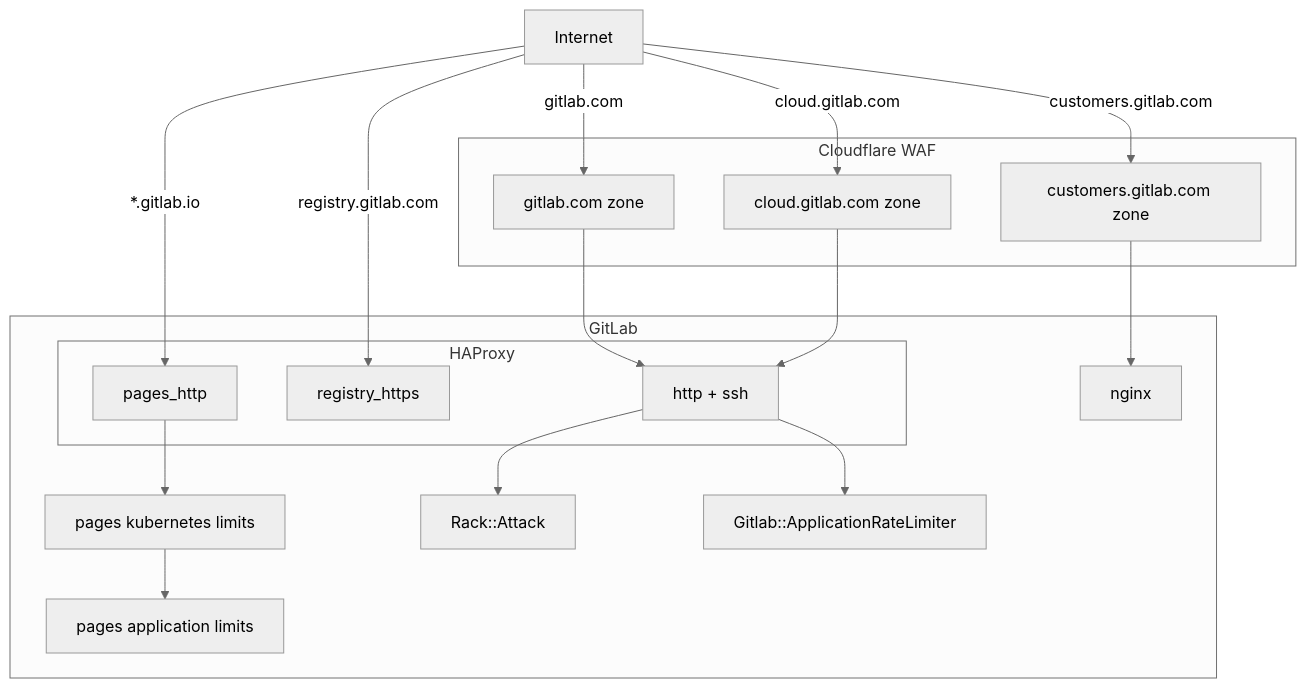
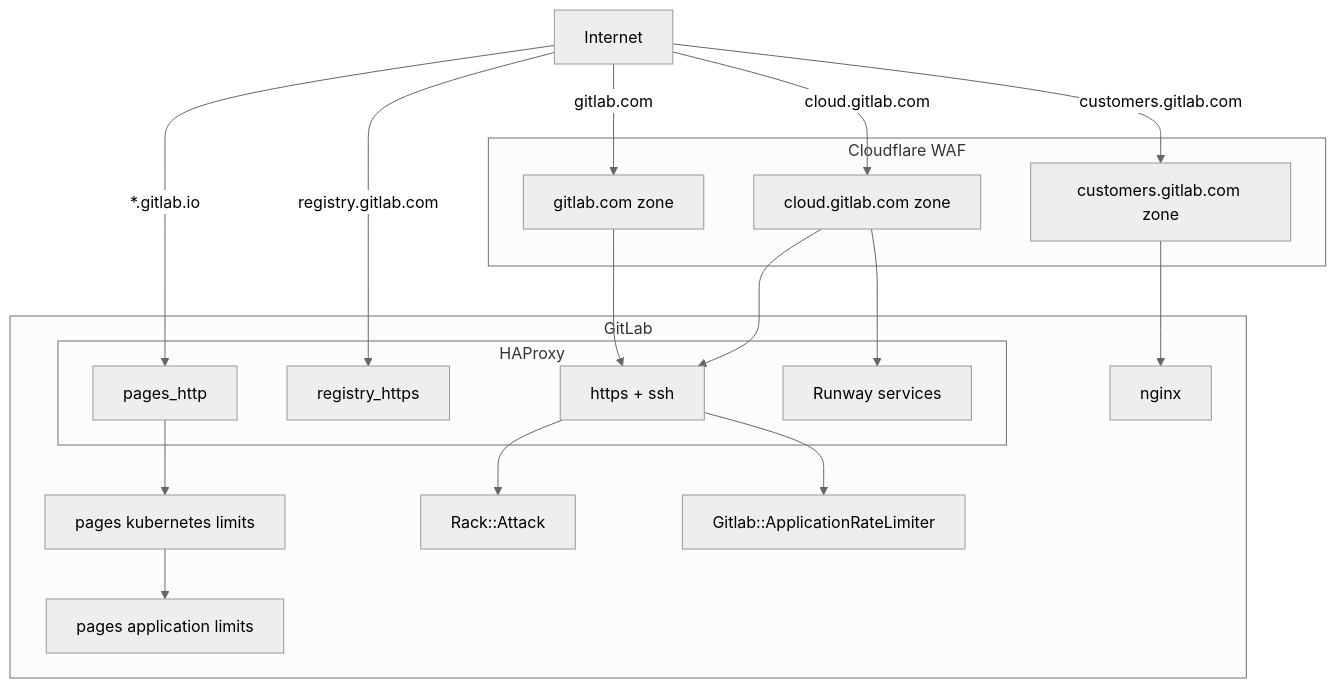
Before and after one commit to moliver28/research-handbook: the diagram in content/handbook/engineering/infrastructure/rate-limiting/_index.md, drawn with Mermaid (neutral theme). The commit also changed other lines of this file, not shown here.

````diff
--- a/content/handbook/engineering/infrastructure/rate-limiting/_index.md
+++ b/content/handbook/engineering/infrastructure/rate-limiting/_index.md
@@ -20,32 +20,34 @@
 ```mermaid
 flowchart TD
     A[Internet]
     A -->|gitlab.com| D(Cloudflare WAF)
     A -->|cloud.gitlab.com| E
     A -->|customers.gitlab.com| F
     subgraph ide3 [Cloudflare WAF]
         D[gitlab.com zone]
         E[cloud.gitlab.com zone]
         F[customers.gitlab.com zone]
     end
     A -->|*.gitlab.io| C
     A -->|registry.gitlab.com| N
     D --> G
     E --> G
+    E --> L
     F --> H
     subgraph ide2 [GitLab]
         subgraph ide1 [HAProxy]
             C[pages_http]
             N[registry_https]
-            G[http + ssh]
+            G[https + ssh]
+            L[Runway services]
         end
         C --> K
         H[nginx]
         K[pages kubernetes limits]
         K-->M[pages application limits]
         I[Rack::Attack]
         J[Gitlab::ApplicationRateLimiter]
     end
     G --> I
     G --> J
 ```
````
